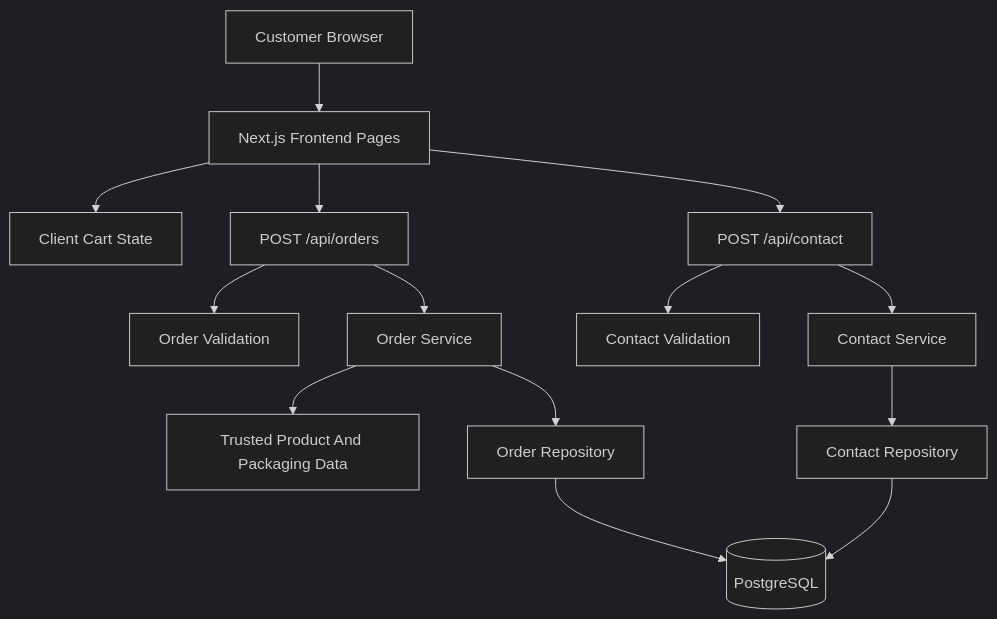
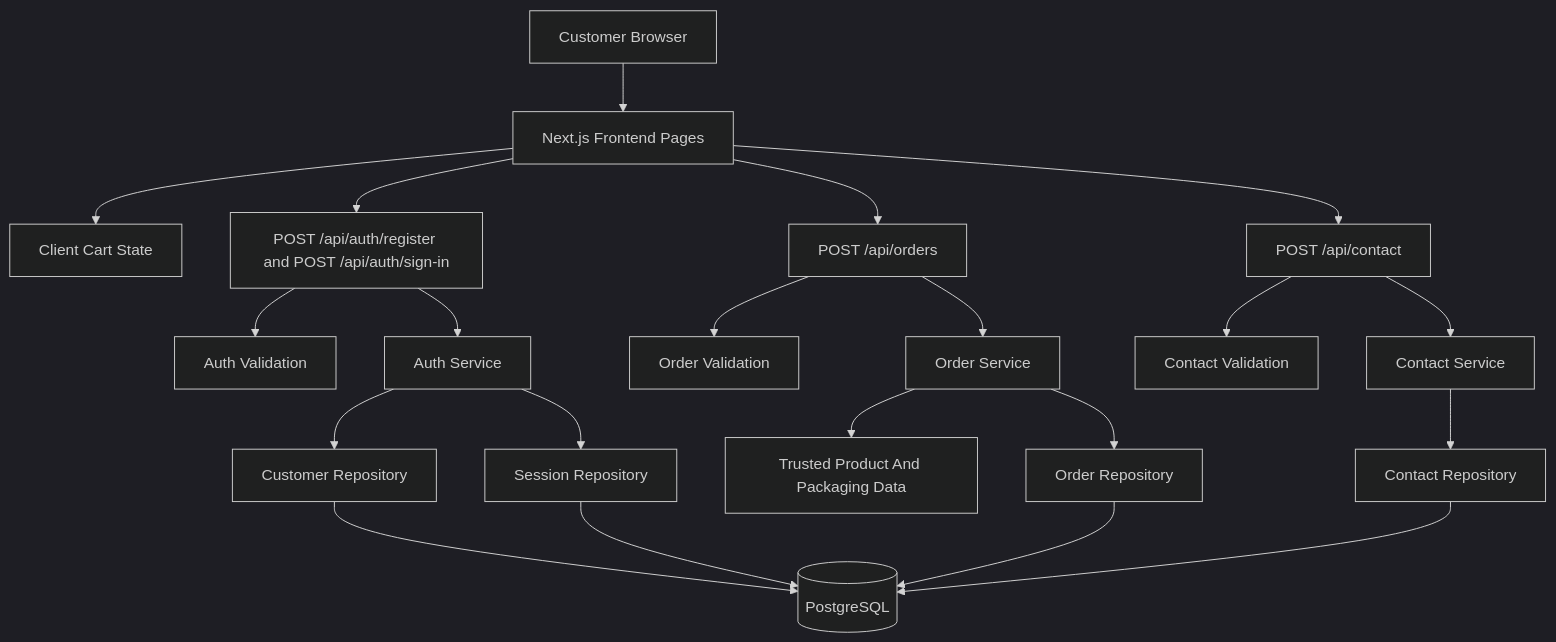
One commit to longvoai2003/bird-nest changed the first of 9 diagrams in docs/backend-docker-technical-design.md. Above: the diagram before and after it, drawn with Mermaid (dark theme). The commit also changed other lines of this file and 24 other files, not shown here.

````diff
--- a/docs/backend-docker-technical-design.md
+++ b/docs/backend-docker-technical-design.md
@@ -31,18 +32,26 @@
 ```mermaid
 flowchart TD
     User[Customer Browser] --> Web[Next.js Frontend Pages]
     Web --> Cart[Client Cart State]
+    Web --> AuthApi[POST /api/auth/register and POST /api/auth/sign-in]
     Web --> OrdersApi[POST /api/orders]
     Web --> ContactApi[POST /api/contact]
+
+    AuthApi --> AuthValidation[Auth Validation]
+    AuthApi --> AuthService[Auth Service]
+    AuthService --> CustomerRepo[Customer Repository]
+    AuthService --> SessionRepo[Session Repository]
+    CustomerRepo --> Postgres[(PostgreSQL)]
+    SessionRepo --> Postgres
 
     OrdersApi --> OrderValidation[Order Validation]
     OrdersApi --> OrderService[Order Service]
     OrderService --> CatalogData[Trusted Product And Packaging Data]
     OrderService --> OrderRepo[Order Repository]
-    OrderRepo --> Postgres[(PostgreSQL)]
+    OrderRepo --> Postgres
 
     ContactApi --> ContactValidation[Contact Validation]
     ContactApi --> ContactService[Contact Service]
     ContactService --> ContactRepo[Contact Repository]
     ContactRepo --> Postgres
 ```
````
